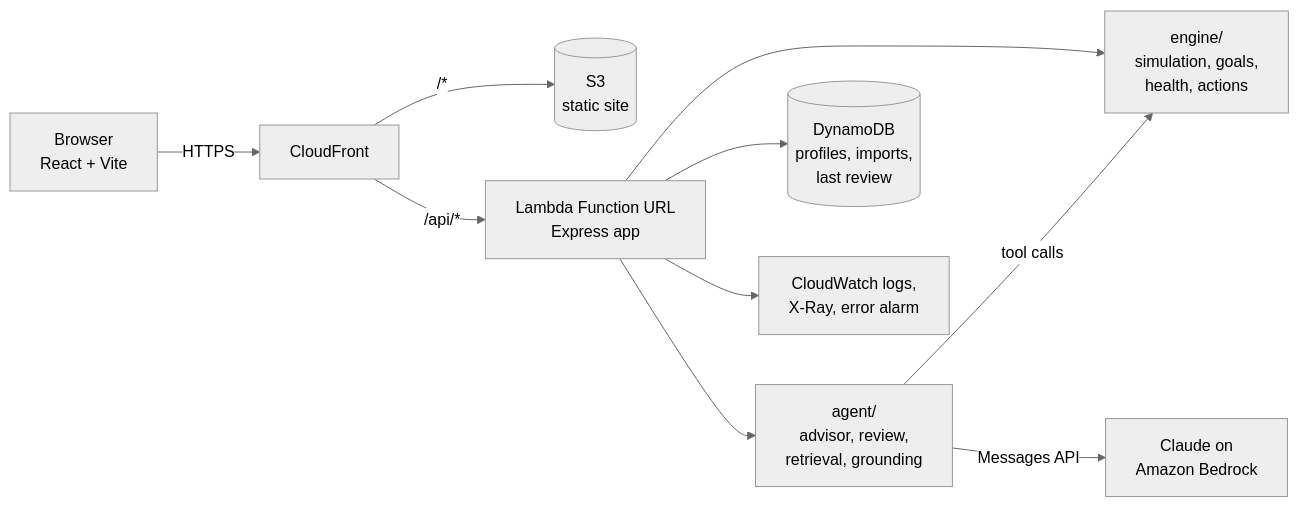
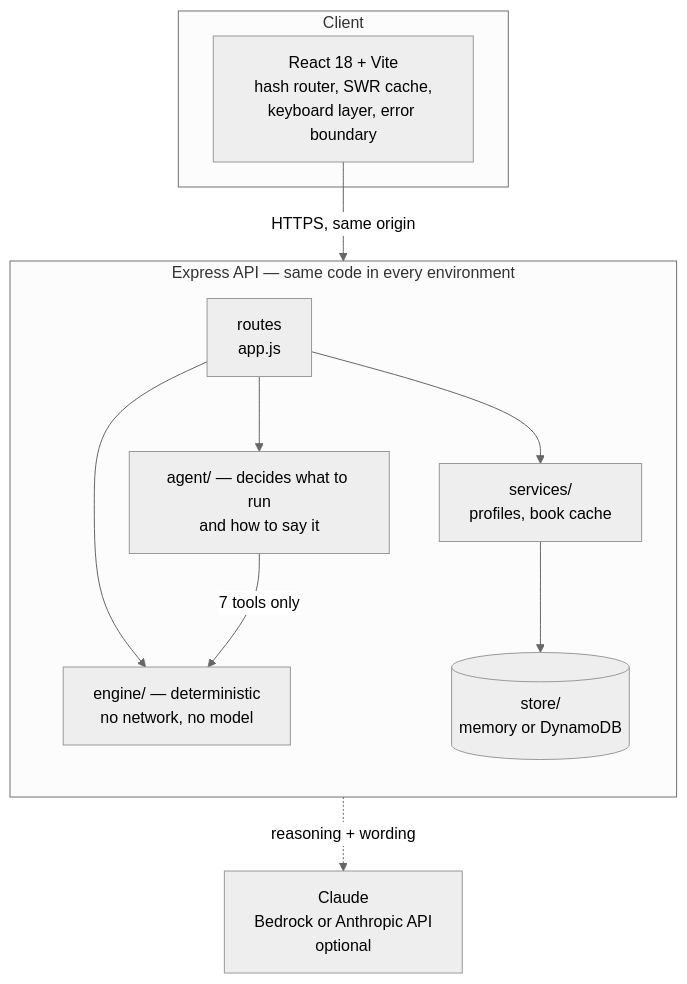
The first of 4 diagrams in docs/ARCHITECTURE.md (adityashukla2615/kosh), drawn with Mermaid (neutral theme) before and after one commit. The commit also changed other lines of this file and 11 other files, not shown here.

````diff
--- a/docs/ARCHITECTURE.md
+++ b/docs/ARCHITECTURE.md
@@ -12,12 +64,25 @@
 ```mermaid
-flowchart LR
-  U[Browser<br/>React + Vite] -->|HTTPS| CF[CloudFront]
-  CF -->|/*| S3[(S3<br/>static site)]
-  CF -->|/api/*| L[Lambda Function URL<br/>Express app]
-  L --> E[engine/<br/>simulation, goals,<br/>health, actions]
-  L --> A[agent/<br/>advisor, review,<br/>retrieval, grounding]
-  A -->|tool calls| E
-  A -->|Messages API| B[Claude on<br/>Amazon Bedrock]
-  L --> D[(DynamoDB<br/>profiles, imports,<br/>last review)]
-  L --> CW[CloudWatch logs,<br/>X-Ray, error alarm]
+flowchart TB
+  subgraph Client
+    UI[React 18 + Vite<br/>hash router, SWR cache,<br/>keyboard layer, error boundary]
+  end
+
+  subgraph Server["Express API — same code in every environment"]
+    direction TB
+    R[routes<br/>app.js]
+    ENG["engine/ — deterministic<br/>no network, no model"]
+    AG["agent/ — decides what to run<br/>and how to say it"]
+    SVC[services/<br/>profiles, book cache]
+    ST[(store/<br/>memory or DynamoDB)]
+  end
+
+  LLM[Claude<br/>Bedrock or Anthropic API<br/>optional]
+
+  UI -->|HTTPS, same origin| R
+  R --> SVC
+  R --> ENG
+  R --> AG
+  AG -->|7 tools only| ENG
+  AG -.->|reasoning + wording| LLM
+  SVC --> ST
 ```
````
